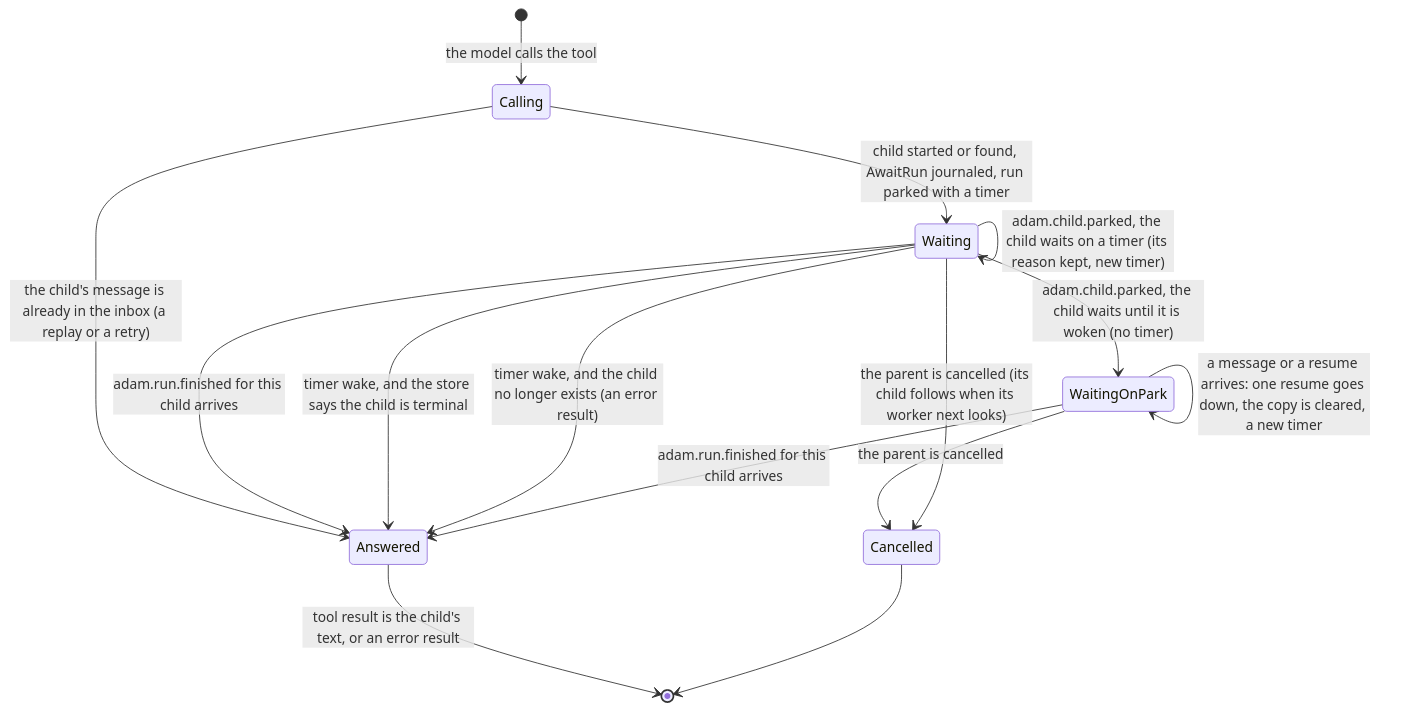
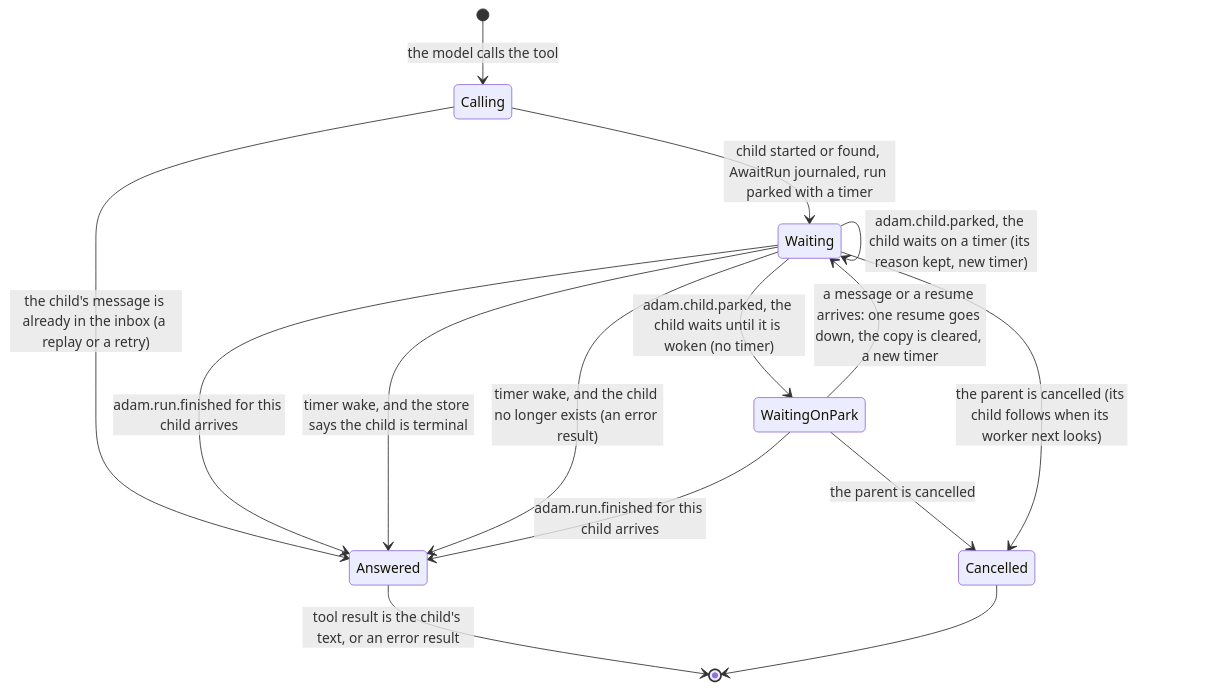
One commit to vymalo/another-adam-rs changed diagram 20 of 26 in docs/architecture.md. Above: the diagram before and after it, drawn with Mermaid. The commit also changed 11 other files, not shown here.

````diff
--- a/docs/architecture.md
+++ b/docs/architecture.md
@@ -1259,19 +1259,19 @@
 ```mermaid
 stateDiagram-v2
     [*] --> Calling: the model calls the tool
     Calling --> Waiting: child started or found, AwaitRun journaled, run parked with a timer
     Calling --> Answered: the child's message is already in the inbox (a replay or a retry)
     Waiting --> Answered: adam.run.finished for this child arrives
     Waiting --> Answered: timer wake, and the store says the child is terminal
     Waiting --> Answered: timer wake, and the child no longer exists (an error result)
     Waiting --> Waiting: timer wake, the child is still working (one read, new timer)
     Waiting --> Waiting: a user message or a stray notice arrives (nothing answers, new timer)
     Waiting --> WaitingOnPark: adam.child.parked, the child waits until it is woken (no timer)
     Waiting --> Waiting: adam.child.parked, the child waits on a timer (its reason kept, new timer)
-    WaitingOnPark --> WaitingOnPark: a message or a resume arrives: one resume goes down, the copy is cleared, a new timer
+    WaitingOnPark --> Waiting: a message or a resume arrives: one resume goes down, the copy is cleared, a new timer
     WaitingOnPark --> Answered: adam.run.finished for this child arrives
     WaitingOnPark --> Cancelled: the parent is cancelled
     Waiting --> Cancelled: the parent is cancelled (its child follows when its worker next looks)
     Answered --> [*]: tool result is the child's text, or an error result
     Cancelled --> [*]
 ```
````
